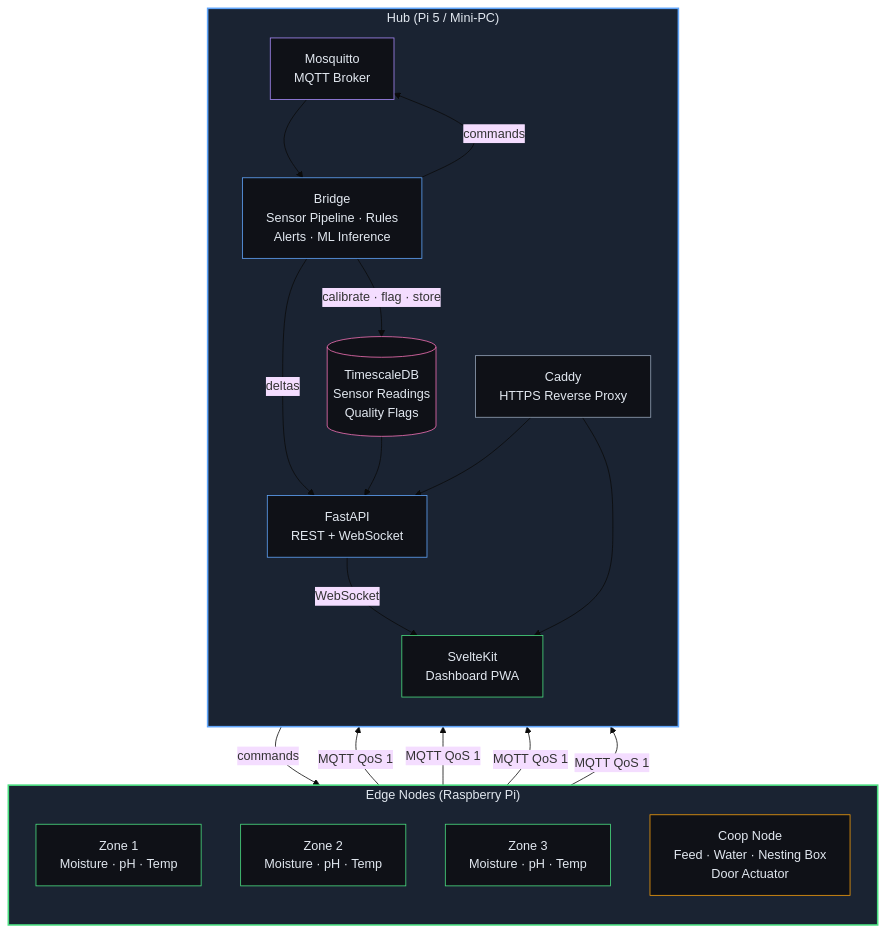
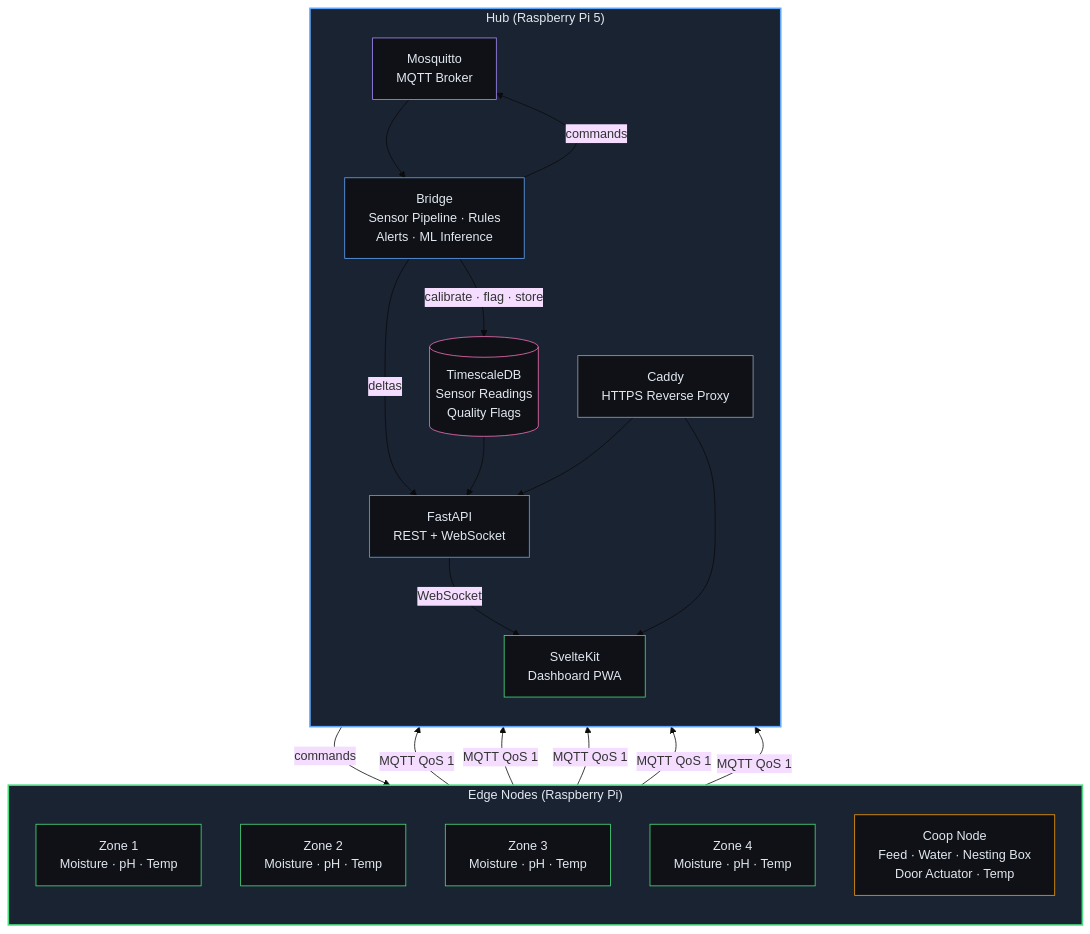
Before and after one commit to synaesthetik/backyard-farm: the first of 4 diagrams in README.md, drawn with Mermaid (base theme). The commit also changed other lines of this file, not shown here.

````diff
--- a/README.md
+++ b/README.md
@@ -11,49 +27,52 @@
 ```mermaid
 graph TB
     subgraph EDGE["Edge Nodes (Raspberry Pi)"]
         direction TB
         Z1["Zone 1<br/>Moisture · pH · Temp"]
         Z2["Zone 2<br/>Moisture · pH · Temp"]
         Z3["Zone 3<br/>Moisture · pH · Temp"]
-        COOP["Coop Node<br/>Feed · Water · Nesting Box<br/>Door Actuator"]
+        Z4["Zone 4<br/>Moisture · pH · Temp"]
+        COOP["Coop Node<br/>Feed · Water · Nesting Box<br/>Door Actuator · Temp"]
     end
 
-    subgraph HUB["Hub (Pi 5 / Mini-PC)"]
+    subgraph HUB["Hub (Raspberry Pi 5)"]
         direction TB
         MQTT["Mosquitto<br/>MQTT Broker"]
         BRIDGE["Bridge<br/>Sensor Pipeline · Rules<br/>Alerts · ML Inference"]
         DB[("TimescaleDB<br/>Sensor Readings<br/>Quality Flags")]
         API["FastAPI<br/>REST + WebSocket"]
         DASH["SvelteKit<br/>Dashboard PWA"]
         CADDY["Caddy<br/>HTTPS Reverse Proxy"]
     end
 
     Z1 -->|MQTT QoS 1| MQTT
     Z2 -->|MQTT QoS 1| MQTT
     Z3 -->|MQTT QoS 1| MQTT
+    Z4 -->|MQTT QoS 1| MQTT
     COOP -->|MQTT QoS 1| MQTT
 
     MQTT --> BRIDGE
     BRIDGE -->|calibrate · flag · store| DB
     BRIDGE -->|deltas| API
     API -->|WebSocket| DASH
     DB --> API
     CADDY --> API
     CADDY --> DASH
 
     BRIDGE -->|commands| MQTT
     MQTT -->|commands| COOP
 
     style EDGE fill:#1a2332,stroke:#4ade80,stroke-width:2px,color:#e2e8f0
     style HUB fill:#1a2332,stroke:#60a5fa,stroke-width:2px,color:#e2e8f0
     style Z1 fill:#0f1117,stroke:#4ade80,color:#e2e8f0
     style Z2 fill:#0f1117,stroke:#4ade80,color:#e2e8f0
     style Z3 fill:#0f1117,stroke:#4ade80,color:#e2e8f0
+    style Z4 fill:#0f1117,stroke:#4ade80,color:#e2e8f0
     style COOP fill:#0f1117,stroke:#f59e0b,color:#e2e8f0
     style MQTT fill:#0f1117,stroke:#a78bfa,color:#e2e8f0
     style BRIDGE fill:#0f1117,stroke:#60a5fa,color:#e2e8f0
     style DB fill:#0f1117,stroke:#f472b6,color:#e2e8f0
     style API fill:#0f1117,stroke:#60a5fa,color:#e2e8f0
     style DASH fill:#0f1117,stroke:#4ade80,color:#e2e8f0
     style CADDY fill:#0f1117,stroke:#94a3b8,color:#e2e8f0
 ```
````
